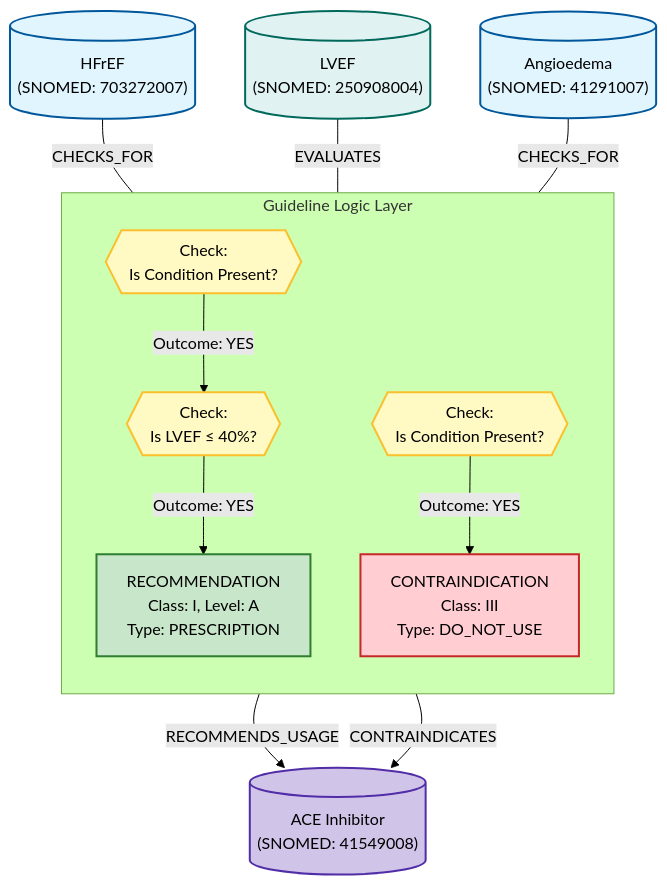
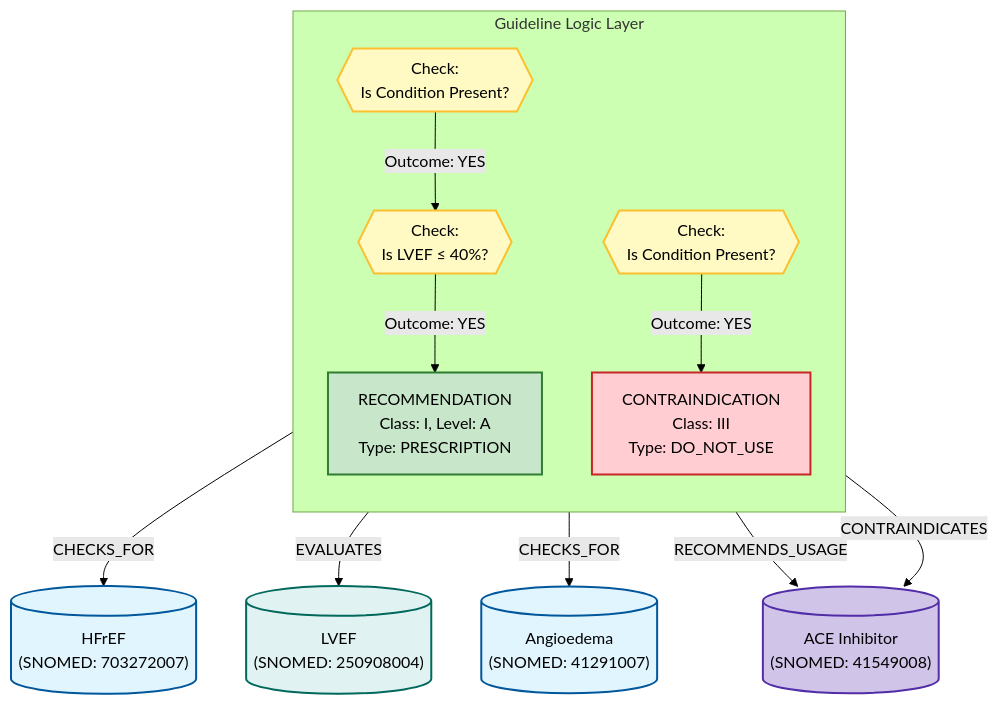
Before and after one commit to dieterich-lab/CardioGuidelinesGraph: the second of 3 diagrams in src/cardio_graph/extraction_utils/README.md, drawn with Mermaid (forest theme). The commit also changed 3 other files, not shown here.

````diff
--- a/src/cardio_graph/extraction_utils/README.md
+++ b/src/cardio_graph/extraction_utils/README.md
@@ -237,73 +237,73 @@
 ```mermaid
 graph TD
     %% --- STYLING ---
     classDef semantic fill:#e1f5fe,stroke:#01579b,stroke-width:2px,color:black;
     classDef parameter fill:#e0f2f1,stroke:#00695c,stroke-width:2px,color:black;
     classDef decision fill:#fff9c4,stroke:#fbc02d,stroke-width:2px,shape:rhombus,color:black;
     classDef recommendation fill:#c8e6c9,stroke:#2e7d32,stroke-width:2px,shape:rect,color:black;
     classDef contraindication fill:#ffcdd2,stroke:#c62828,stroke-width:2px,shape:rect,color:black;
     classDef med fill:#d1c4e9,stroke:#512da8,stroke-width:2px,shape:ellipse,color:black;
 
     %% --- SEMANTIC LAYER (SNOMED ANCHORS) ---
     S_HFrEF[("HFrEF
     (SNOMED: 703272007)")]:::semantic
     
     S_LVEF[("LVEF
     (SNOMED: 250908004)")]:::parameter
     
     S_Angio[("Angioedema
     (SNOMED: 41291007)")]:::semantic
     
     S_ACE[("ACE Inhibitor
     (SNOMED: 41549008)")]:::med
 
     %% --- LOGIC LAYER (GUIDELINE RULES) ---
     
     %% Path 1: The Indication (AND Logic via Sequence)
     D_HasHFrEF{{"Check:
     Is Condition Present?"}}:::decision
     
     D_LVEFCheck{{"Check:
     Is LVEF ≤ 40%?"}}:::decision
     
     R_GiveACE["RECOMMENDATION
     Class: I, Level: A
     Type: PRESCRIPTION"]:::recommendation
 
     %% Path 2: The Contraindication
     D_HasAngio{{"Check:
     Is Condition Present?"}}:::decision
     
     R_NoACE["CONTRAINDICATION
     Class: III
     Type: DO_NOT_USE"]:::contraindication
 
     %% --- CONNECTIONS ---
 
-    %% 1. Linking Semantics to Decisions (EVALUATES / CHECKS_FOR)
-    S_HFrEF ---|CHECKS_FOR| D_HasHFrEF
-    S_LVEF ---|EVALUATES| D_LVEFCheck
-    S_Angio ---|CHECKS_FOR| D_HasAngio
+    %% 1. Linking Decisions to Semantics (EVALUATES / CHECKS_FOR)
+    D_HasHFrEF -->|CHECKS_FOR| S_HFrEF
+    D_LVEFCheck -->|EVALUATES| S_LVEF
+    D_HasAngio -->|CHECKS_FOR| S_Angio
 
     %% 2. The Indication Flow (AND Logic)
     %% Start bei HFrEF -> Wenn JA, pruefe LVEF -> Wenn JA, Empfehlung
     D_HasHFrEF -->|Outcome: YES| D_LVEFCheck
     D_LVEFCheck -->|Outcome: YES| R_GiveACE
     
     %% 3. The Contraindication Flow
     D_HasAngio -->|Outcome: YES| R_NoACE
 
     %% 4. Action Mapping (Targeting the Drug)
     R_GiveACE -->|RECOMMENDS_USAGE| S_ACE
     R_NoACE -->|CONTRAINDICATES| S_ACE
 
     %% Optional: Show parallelism
     subgraph Guideline_Logic [Guideline Logic Layer]
         direction TB
         D_HasHFrEF
         D_LVEFCheck
         D_HasAngio
         R_GiveACE
         R_NoACE
     end
 ```
````
